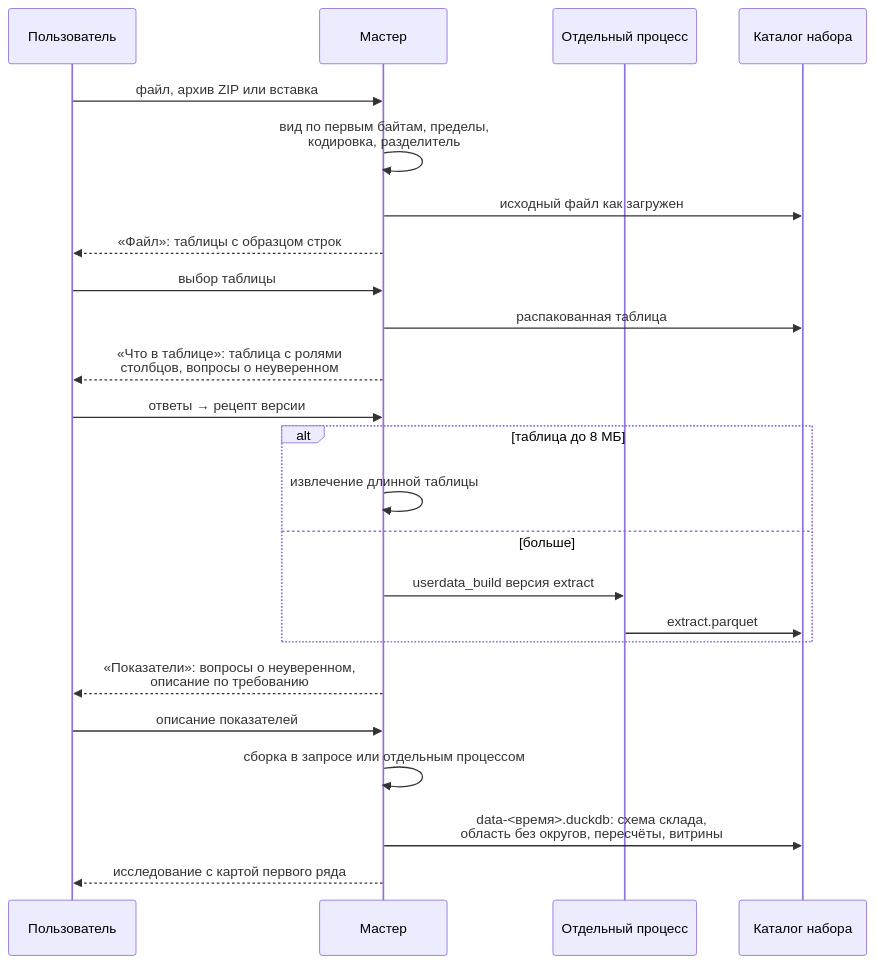
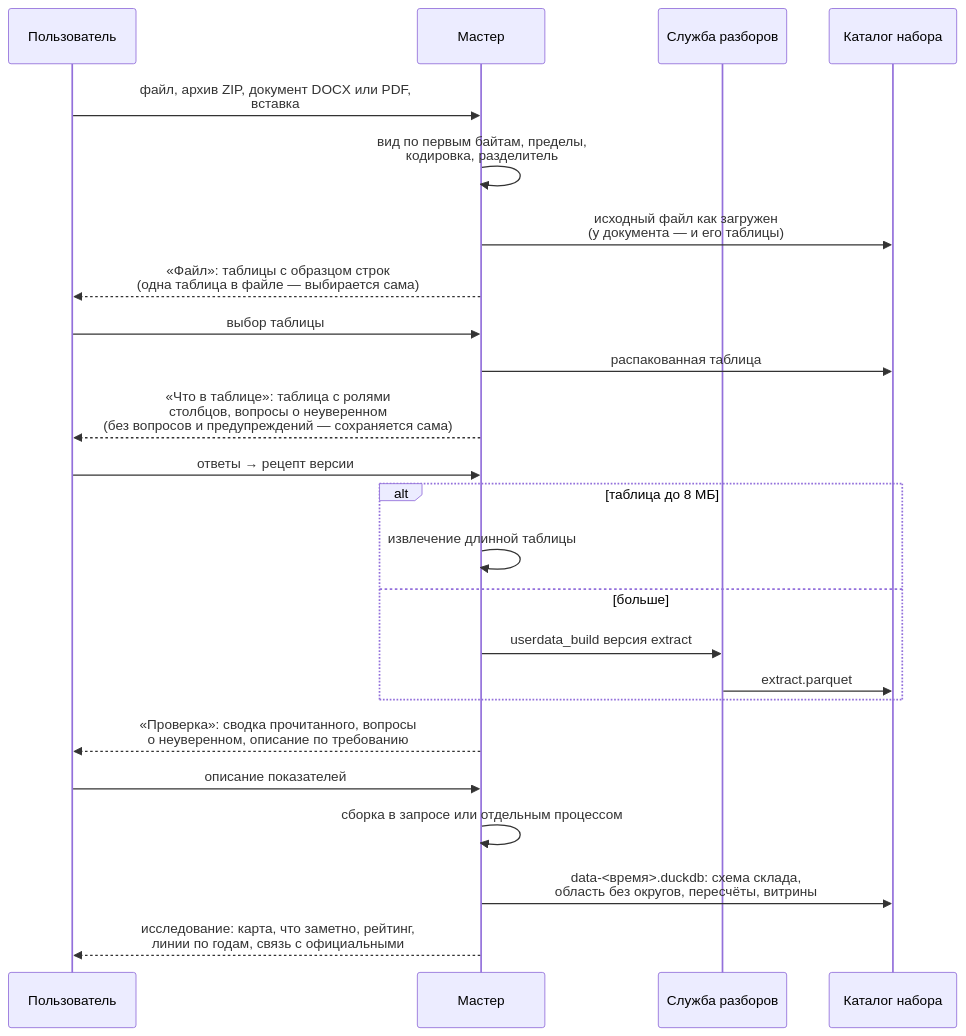
Before and after one commit to ht2473/RegionLens_v2: the eighth of 8 diagrams in docs/ARCHITECTURE.md, drawn with Mermaid. The commit also changed other lines of this file and 4 other files, not shown here.

````diff
--- a/docs/ARCHITECTURE.md
+++ b/docs/ARCHITECTURE.md
@@ -387,27 +393,27 @@
 ```mermaid
 sequenceDiagram
     participant U as Пользователь
     participant W as Мастер
-    participant P as Отдельный процесс
+    participant P as Служба разборов
     participant F as Каталог набора
 
-    U->>W: файл, архив ZIP или вставка
+    U->>W: файл, архив ZIP, документ DOCX или PDF,<br/>вставка
     W->>W: вид по первым байтам, пределы,<br/>кодировка, разделитель
-    W->>F: исходный файл как загружен
-    W-->>U: «Файл»: таблицы с образцом строк
+    W->>F: исходный файл как загружен<br/>(у документа — и его таблицы)
+    W-->>U: «Файл»: таблицы с образцом строк<br/>(одна таблица в файле — выбирается сама)
     U->>W: выбор таблицы
     W->>F: распакованная таблица
-    W-->>U: «Что в таблице»: таблица с ролями<br/>столбцов, вопросы о неуверенном
+    W-->>U: «Что в таблице»: таблица с ролями<br/>столбцов, вопросы о неуверенном<br/>(без вопросов и предупреждений — сохраняется сама)
     U->>W: ответы → рецепт версии
     alt таблица до 8 МБ
         W->>W: извлечение длинной таблицы
     else больше
         W->>P: userdata_build версия extract
         P->>F: extract.parquet
     end
-    W-->>U: «Показатели»: вопросы о неуверенном,<br/>описание по требованию
+    W-->>U: «Проверка»: сводка прочитанного, вопросы<br/>о неуверенном, описание по требованию
     U->>W: описание показателей
     W->>W: сборка в запросе или отдельным процессом
     W->>F: data-<время>.duckdb: схема склада,<br/>область без округов, пересчёты, витрины
-    W-->>U: исследование с картой первого ряда
+    W-->>U: исследование: карта, что заметно, рейтинг,<br/>линии по годам, связь с официальными
 ```
````
